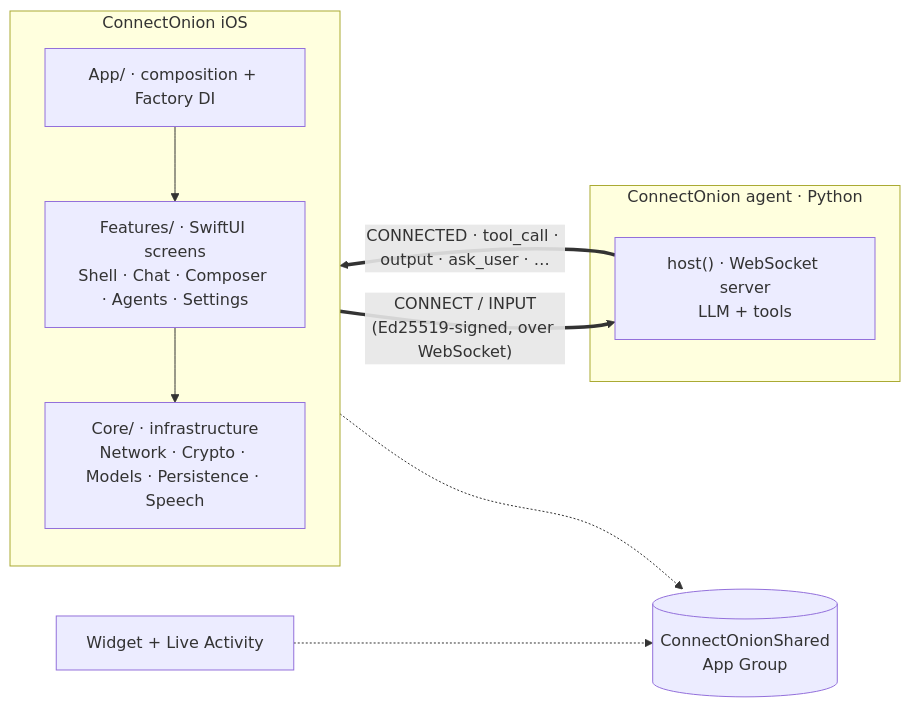
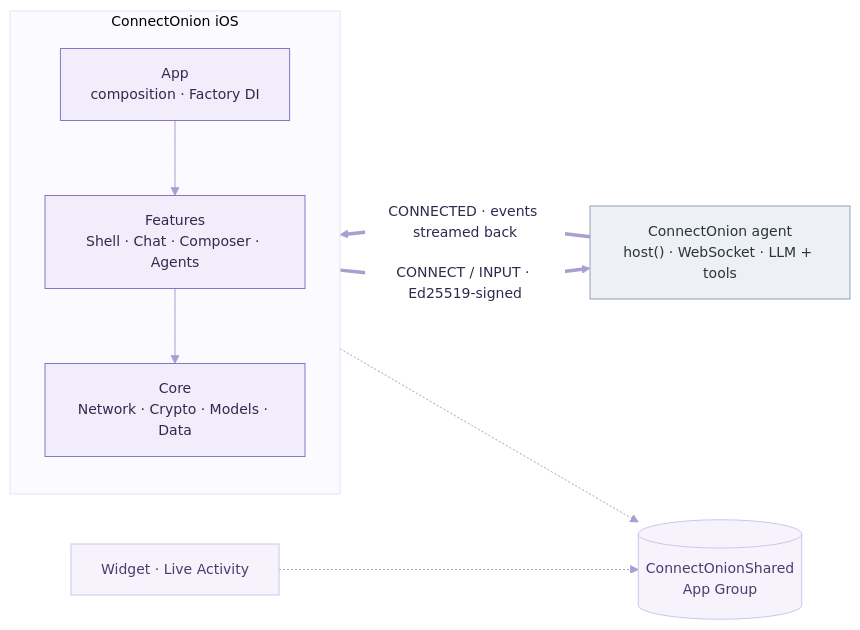
The diagram in README.md (EvanYifanYang/connectonion-ios), drawn with Mermaid before and after one commit.

Commit message:
docs: refine architecture diagram — cohesive palette, clearer hierarchy
Theme the Mermaid diagram (soft lavender app layers vs neutral external agent, muted lines,
two-line labels, protocol edges as the focal relationship) for a calmer, more premium look —
no emoji. Renders in light and dark.

````diff
--- a/README.md
+++ b/README.md
@@ -20,22 +20,26 @@
 ```mermaid
+%%{init: {'theme':'base','themeVariables':{'fontFamily':'-apple-system, BlinkMacSystemFont, Segoe UI, sans-serif','fontSize':'14px','primaryColor':'#F1EDFB','primaryTextColor':'#312A4D','primaryBorderColor':'#8A74C6','lineColor':'#A99ED0','clusterBkg':'#FBFAFE','clusterBorder':'#E7E1F5','edgeLabelBackground':'#FFFFFF'}}}%%
 flowchart LR
     subgraph app["ConnectOnion iOS"]
         direction TB
-        A["App/ · composition + Factory DI"]
-        F["Features/ · SwiftUI screens<br/>Shell · Chat · Composer · Agents · Settings"]
-        C["Core/ · infrastructure<br/>Network · Crypto · Models · Persistence · Speech"]
+        A["App<br/>composition · Factory DI"]
+        F["Features<br/>Shell · Chat · Composer · Agents"]
+        C["Core<br/>Network · Crypto · Models · Data"]
         A --> F --> C
     end
 
-    subgraph agent["ConnectOnion agent · Python"]
-        H["host() · WebSocket server<br/>LLM + tools"]
-    end
+    H["ConnectOnion agent<br/>host() · WebSocket · LLM + tools"]
 
-    C ==>|"CONNECT / INPUT<br/>(Ed25519-signed, over WebSocket)"| H
-    H ==>|"CONNECTED · tool_call · output · ask_user · …"| C
+    C ==>|"CONNECT / INPUT · Ed25519-signed"| H
+    H ==>|"CONNECTED · events streamed back"| C
 
-    W["Widget + Live Activity"]
     S[("ConnectOnionShared<br/>App Group")]
+    W["Widget · Live Activity"]
     app -.-> S
     W -.-> S
+
+    classDef ext fill:#EDF0F5,stroke:#93A1B5,color:#2B333F;
+    classDef aux fill:#F6F3FC,stroke:#CFC4EC,color:#493D6D;
+    class H ext
+    class S,W aux
 ```
````
